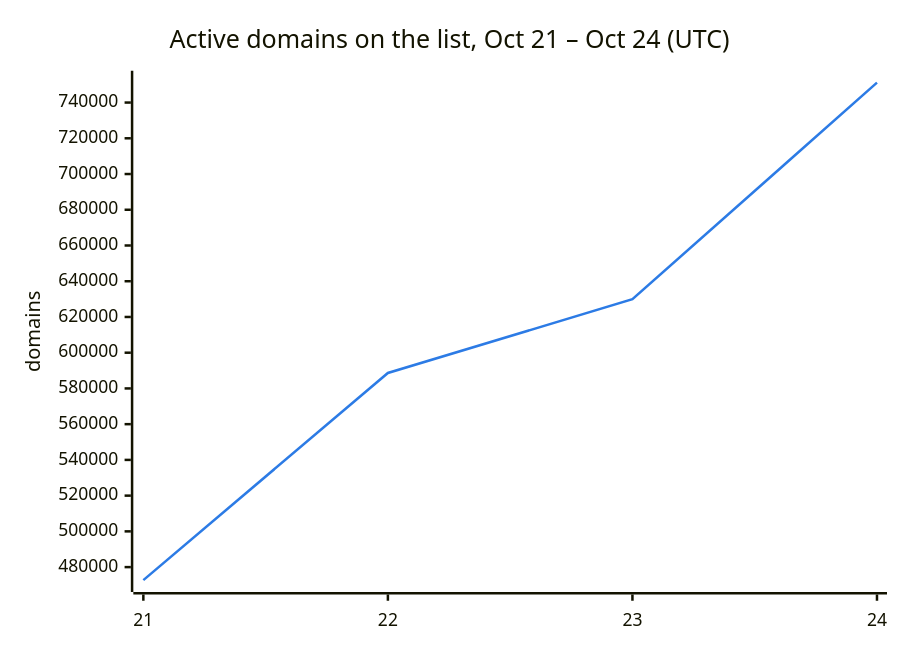
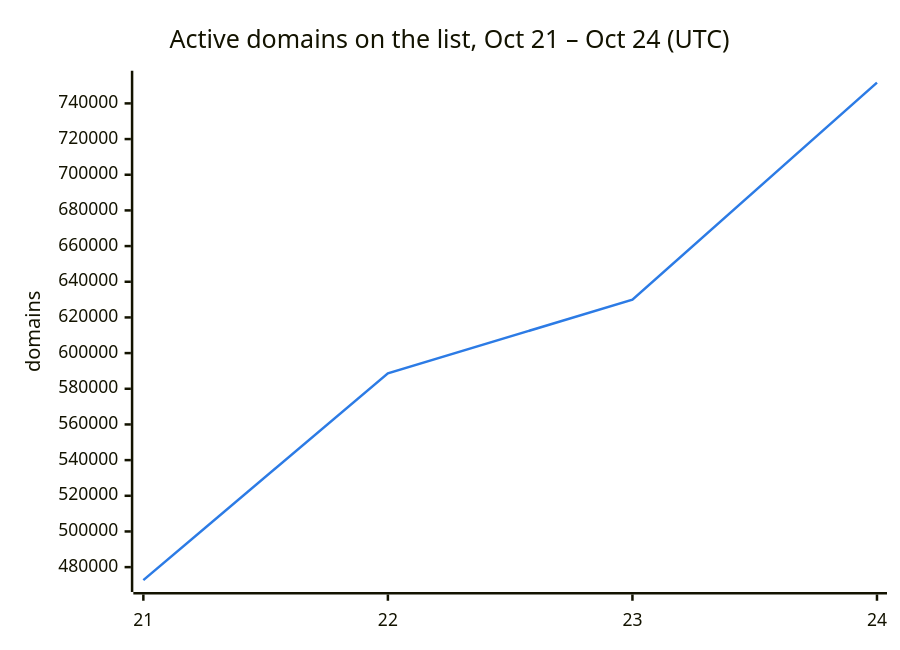
The second of 3 diagrams in README.md (DNSBunker/CTI), drawn with Mermaid before and after one commit. The commit also changed other lines of this file and 3 other files, not shown here.

````diff
--- a/README.md
+++ b/README.md
@@ -38,8 +38,8 @@
 ```mermaid
 %%{init: {"themeVariables": {"xyChart": {"plotColorPalette": "#2c7be5"}}}}%%
 xychart-beta
     title "Active domains on the list, Oct 21 – Oct 24 (UTC)"
     x-axis ["21", "22", "23", "24"]
     y-axis "domains"
-    line [472713, 588659, 629951, 751156]
+    line [472713, 588659, 629951, 751645]
 ```
````
